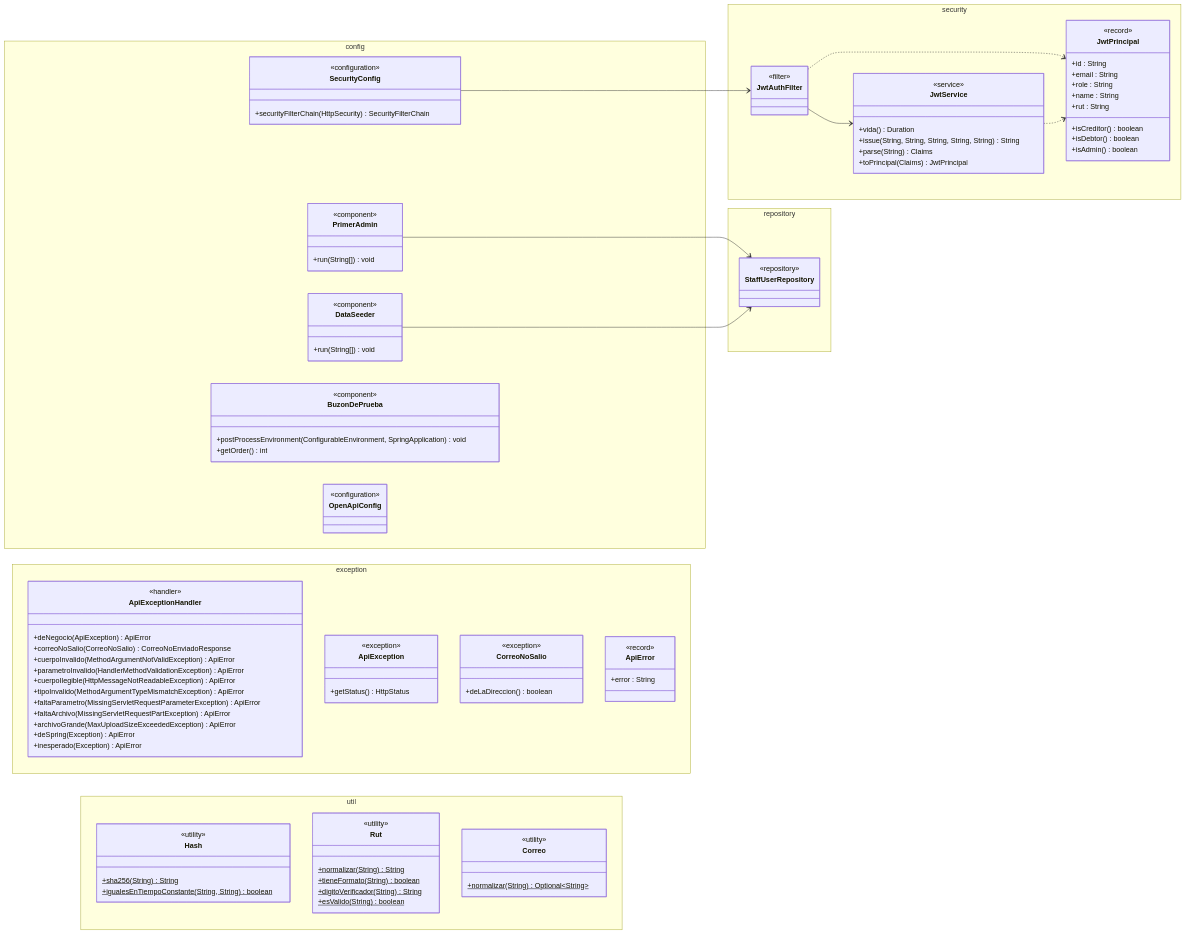
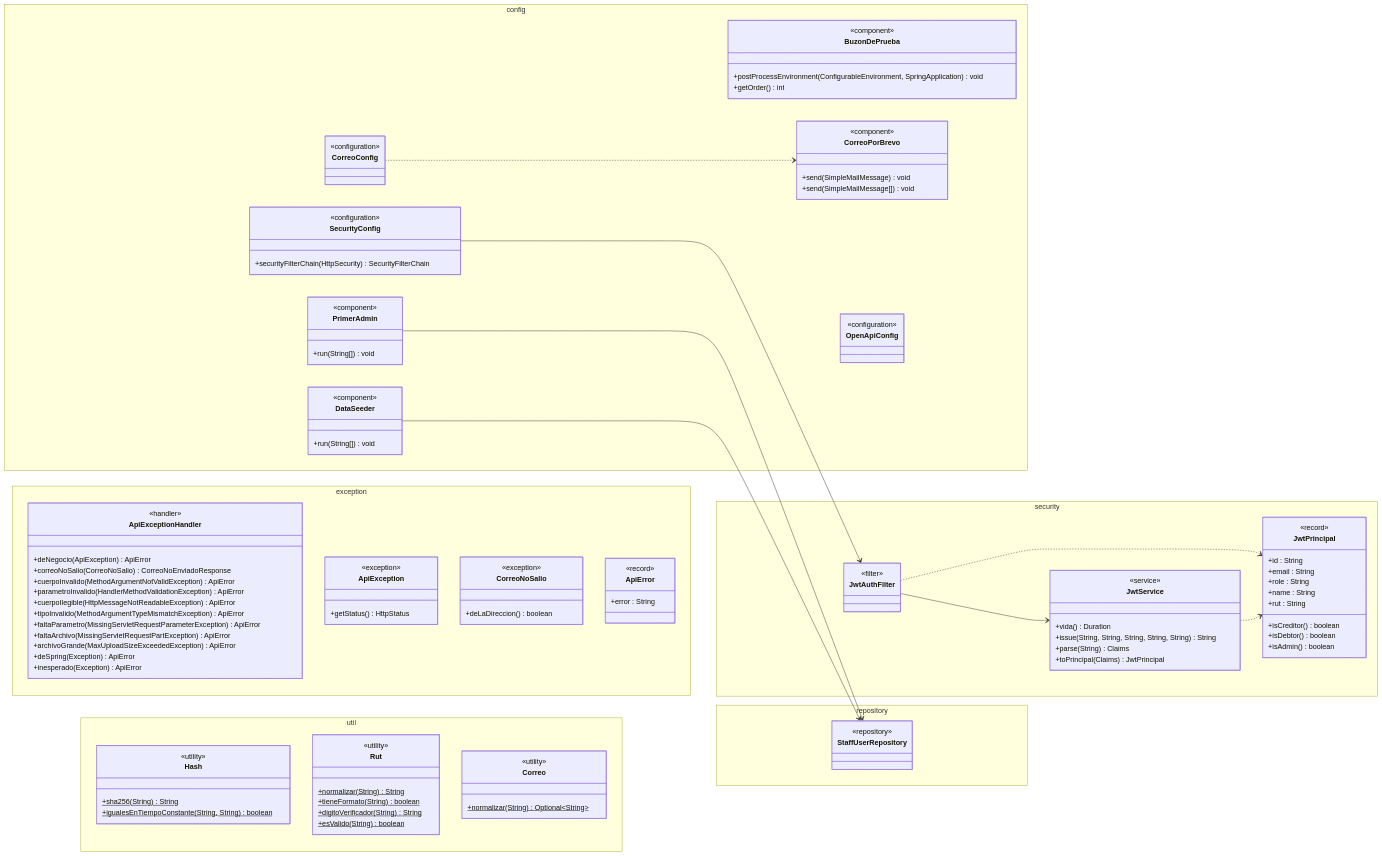
One commit to TechnicalBridge/DataBridge changed the fourth of 17 diagrams in docs/diagramas/clases.md. Above: the diagram before and after it, drawn with Mermaid. The commit also changed other lines of this file and 16 other files, not shown here.

Commit message:
feat(ms-auth): Mandar los correos por la API de Brevo

````diff
--- a/docs/diagramas/clases.md
+++ b/docs/diagramas/clases.md
@@ -477,6 +477,14 @@
             <<component>>
             +postProcessEnvironment(ConfigurableEnvironment, SpringApplication) void
             +getOrder() int
+        }
+        class CorreoConfig {
+            <<configuration>>
+        }
+        class CorreoPorBrevo {
+            <<component>>
+            +send(SimpleMailMessage) void
+            +send(SimpleMailMessage[]) void
         }
         class OpenApiConfig {
             <<configuration>>
@@ -562,4 +570,5 @@
     JwtService ..> JwtPrincipal
     PrimerAdmin --> StaffUserRepository
     DataSeeder --> StaffUserRepository
+    CorreoConfig ..> CorreoPorBrevo
 ```
````
